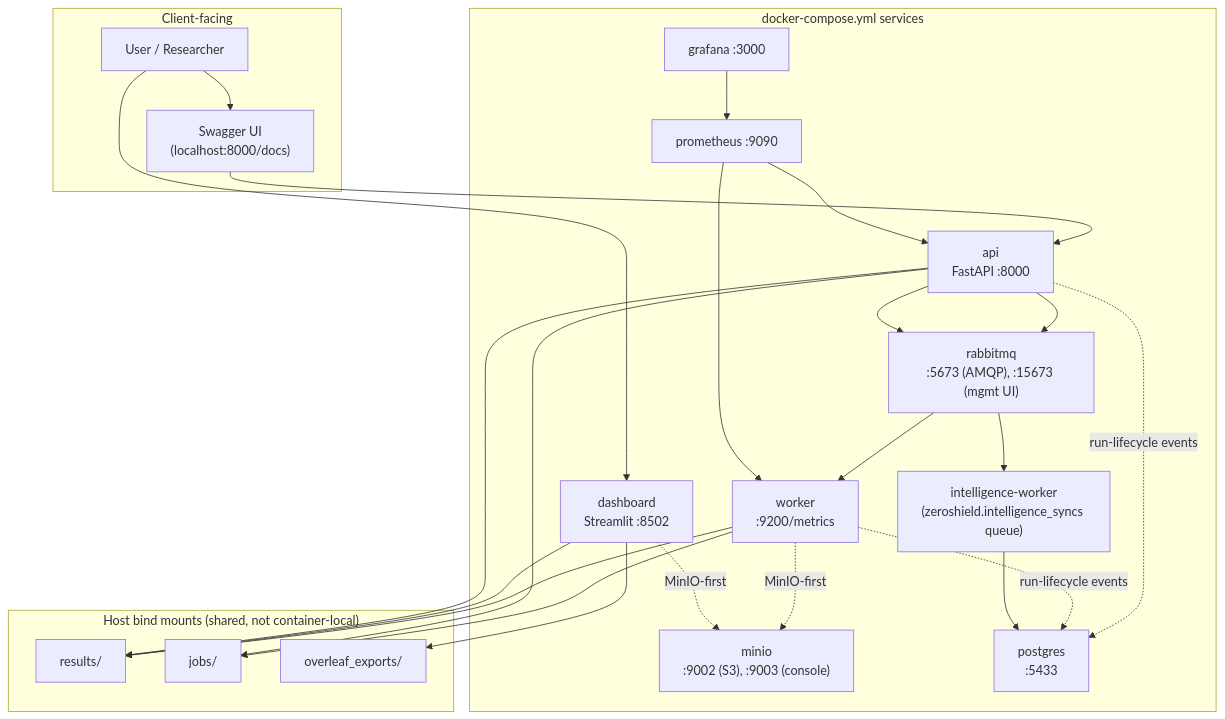
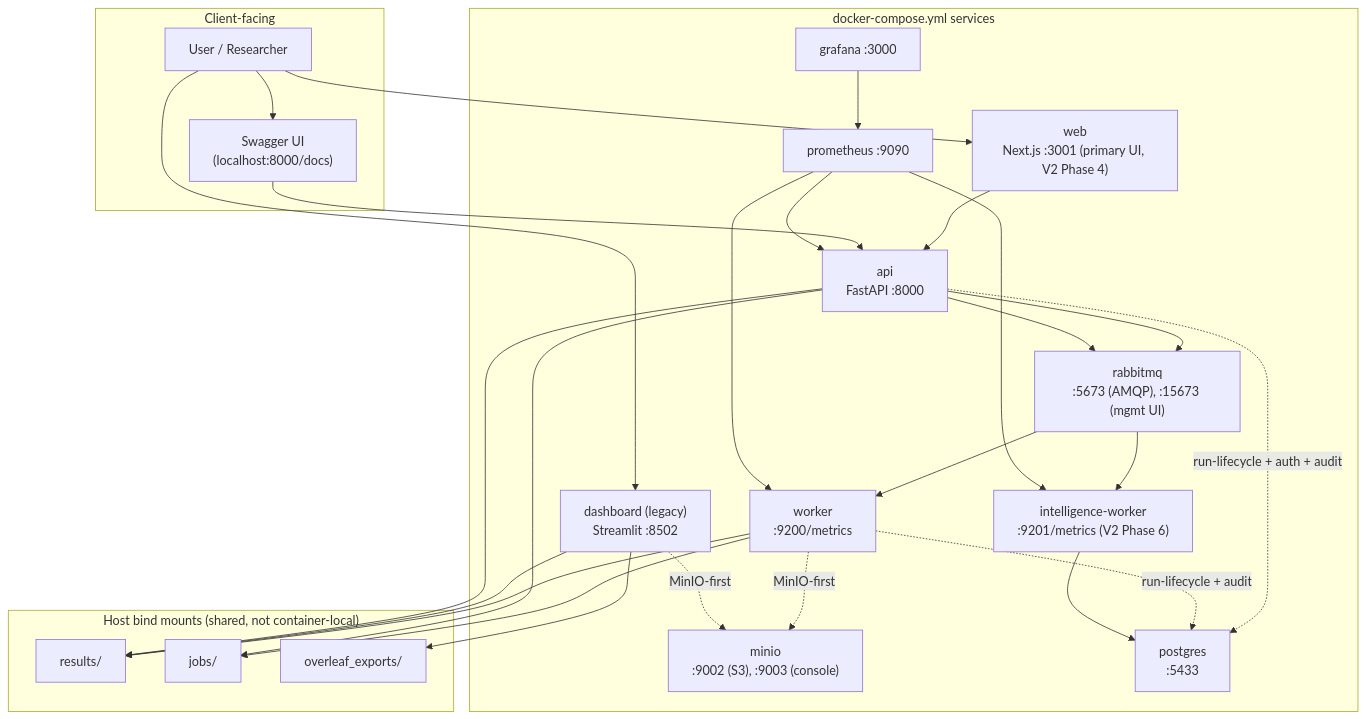
Before and after one commit to raihamariam/ZeroShield: the fifth of 10 diagrams in docs/ARCHITECTURE.md, drawn with Mermaid. The commit also changed other lines of this file and 10 other files, not shown here.

````diff
--- a/docs/ARCHITECTURE.md
+++ b/docs/ARCHITECTURE.md
@@ -164,46 +164,49 @@
 ```mermaid
 flowchart TB
     subgraph ClientFacing["Client-facing"]
         USER["User / Researcher"]
         SWAGGER["Swagger UI<br/>(localhost:8000/docs)"]
     end
 
     subgraph Containers["docker-compose.yml services"]
+        WEB["web<br/>Next.js :3001 (primary UI, V2 Phase 4)"]
         API["api<br/>FastAPI :8000"]
-        DASH["dashboard<br/>Streamlit :8502"]
+        DASH["dashboard (legacy)<br/>Streamlit :8502"]
         WORKER["worker<br/>:9200/metrics"]
-        IWORKER["intelligence-worker<br/>(zeroshield.intelligence_syncs queue)"]
+        IWORKER["intelligence-worker<br/>:9201/metrics (V2 Phase 6)"]
         MQ["rabbitmq<br/>:5673 (AMQP), :15673 (mgmt UI)"]
         MINIO["minio<br/>:9002 (S3), :9003 (console)"]
         PG["postgres<br/>:5433"]
         PROM["prometheus :9090"]
         GRAF["grafana :3000"]
     end
 
     subgraph HostMounts["Host bind mounts (shared, not container-local)"]
         RESULTS["results/"]
         JOBS["jobs/"]
         EXPORTS["overleaf_exports/"]
     end
 
+    USER --> WEB --> API
     USER --> SWAGGER --> API
     USER --> DASH
     API --> MQ
     MQ --> WORKER
     WORKER --> RESULTS
     WORKER --> JOBS
     API --> JOBS
     DASH --> RESULTS
     API --> RESULTS
     DASH --> EXPORTS
     WORKER -.MinIO-first.-> MINIO
     DASH -.MinIO-first.-> MINIO
-    API -.run-lifecycle events.-> PG
-    WORKER -.run-lifecycle events.-> PG
+    API -.run-lifecycle + auth + audit.-> PG
+    WORKER -.run-lifecycle + audit.-> PG
     API --> MQ
     MQ --> IWORKER
     IWORKER --> PG
     PROM --> API
     PROM --> WORKER
+    PROM --> IWORKER
     GRAF --> PROM
 ```
````
